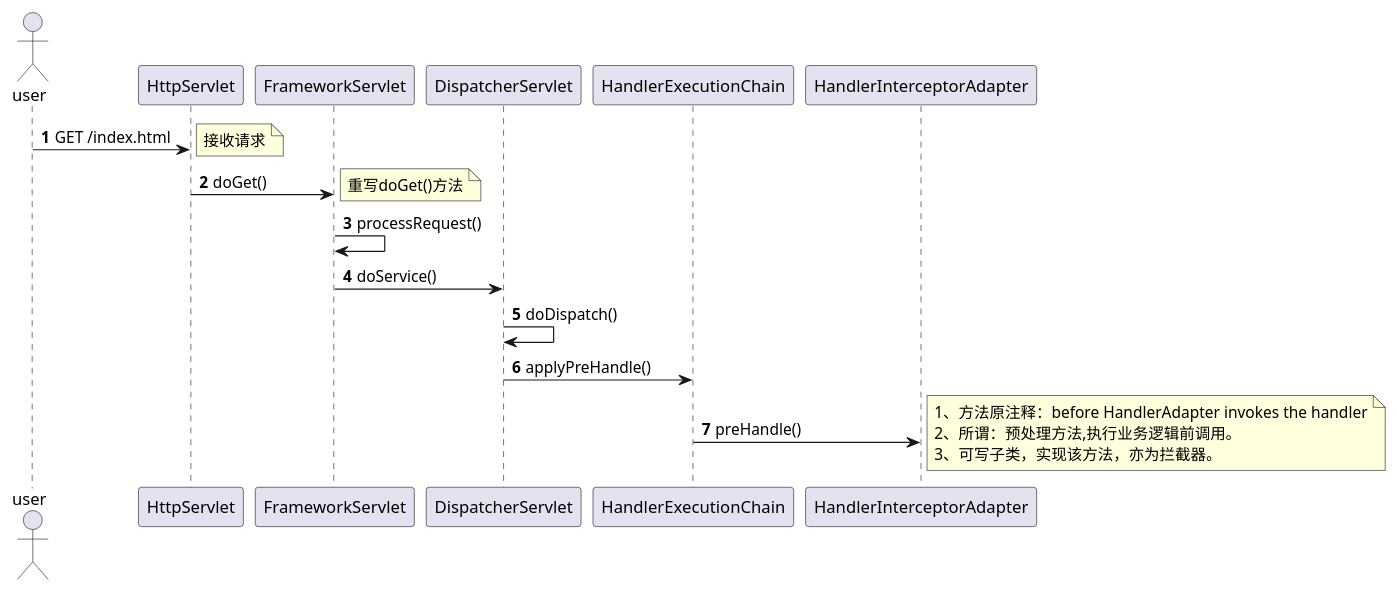
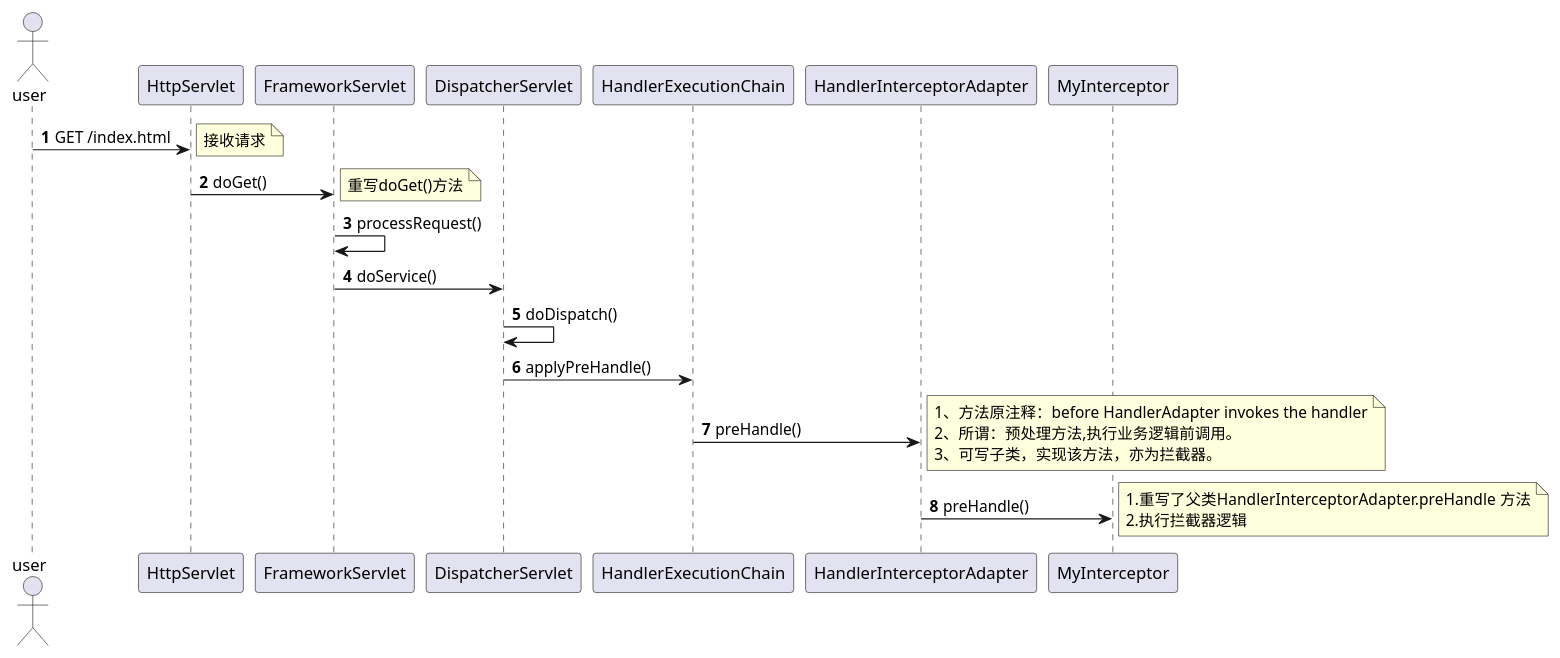
The third of 7 diagrams in 行为模式/责任链模式/责任链模式.md (feifeihappy/design-mode), drawn with PlantUML before and after one commit. The commit also changed other lines of this file and 1 other file, not shown here.

````diff
--- a/行为模式/责任链模式/责任链模式.md
+++ b/行为模式/责任链模式/责任链模式.md
@@ -103,34 +103,38 @@
 ```plantuml
 @startuml
 'https://plantuml.com/sequence-diagram
 
 autonumber
 actor   user
 participant HttpServlet
 participant FrameworkServlet
 participant DispatcherServlet
 participant HandlerExecutionChain
 participant HandlerInterceptorAdapter
+participant MyInterceptor
 
 user -> HttpServlet : GET /index.html
 note right
 接收请求
 end note
 HttpServlet -> FrameworkServlet : doGet()
 note right
 重写doGet()方法
 end note
 FrameworkServlet -> FrameworkServlet : processRequest()
 FrameworkServlet -> DispatcherServlet : doService()
 DispatcherServlet -> DispatcherServlet : doDispatch()
 DispatcherServlet -> HandlerExecutionChain : applyPreHandle()
 HandlerExecutionChain -> HandlerInterceptorAdapter : preHandle()
 note right
 1、方法原注释：before HandlerAdapter invokes the handler
 2、所谓：预处理方法,执行业务逻辑前调用。
 3、可写子类，实现该方法，亦为拦截器。
 end note
-
-
+HandlerInterceptorAdapter -> MyInterceptor : preHandle()
+note right
+1.重写了父类HandlerInterceptorAdapter.preHandle 方法
+2.执行拦截器逻辑
+end note
 @enduml
 ```
````
